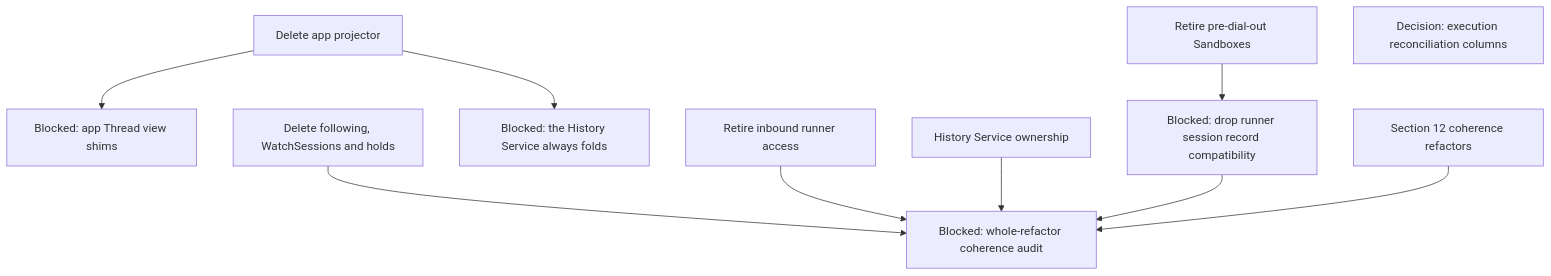
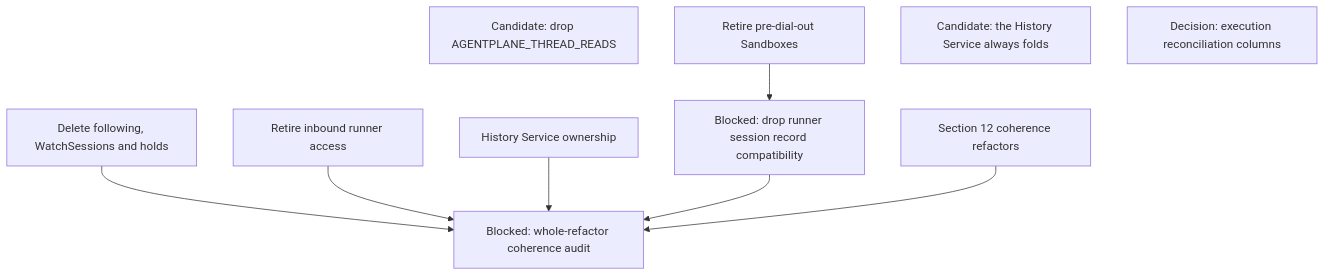
Before and after one commit to agentydragon-agent/ducktape: diagram 11 of 13 in agentplane/plans/task_dag.md, drawn with Mermaid. The commit also changed other lines of this file and 117 other files, not shown here.

````diff
--- a/agentplane/plans/task_dag.md
+++ b/agentplane/plans/task_dag.md
@@ -824,17 +802,15 @@
 ```mermaid
 flowchart TD
-    APP_THREAD_VIEW_CLEANUP[Blocked: app Thread view shims]
+    APP_THREAD_VIEW_CLEANUP[Candidate: drop AGENTPLANE_THREAD_READS]
     RUNNER_SESSION_RECORD_SHIMS[Blocked: drop runner session record compatibility]
     LEGACY_SANDBOX_RETIRE[Retire pre-dial-out Sandboxes]
     LEGACY_SANDBOX_RETIRE --> RUNNER_SESSION_RECORD_SHIMS
-    HISTORY_FOLD_ALWAYS_ON[Blocked: the History Service always folds]
-    APP_PROJECTOR_RETIRE[Delete app projector] --> HISTORY_FOLD_ALWAYS_ON
-    APP_PROJECTOR_RETIRE --> APP_THREAD_VIEW_CLEANUP
+    HISTORY_FOLD_ALWAYS_ON[Candidate: the History Service always folds]
     ACTION_EXECUTION_AUDIT_TRIM[Decision: execution reconciliation columns]
     REFACTOR_COHERENCE_AUDIT[Blocked: whole-refactor coherence audit]
     FOLLOW_PATH_RETIRE[Delete following, WatchSessions and holds] --> REFACTOR_COHERENCE_AUDIT
     RUNNER_INBOUND_RETIRE[Retire inbound runner access] --> REFACTOR_COHERENCE_AUDIT
     HISTORY_SERVICE_OWNERSHIP[History Service ownership] --> REFACTOR_COHERENCE_AUDIT
     RUNNER_SESSION_RECORD_SHIMS --> REFACTOR_COHERENCE_AUDIT
     COHERENCE_REFACTORS[Section 12 coherence refactors] --> REFACTOR_COHERENCE_AUDIT
 ```
````
